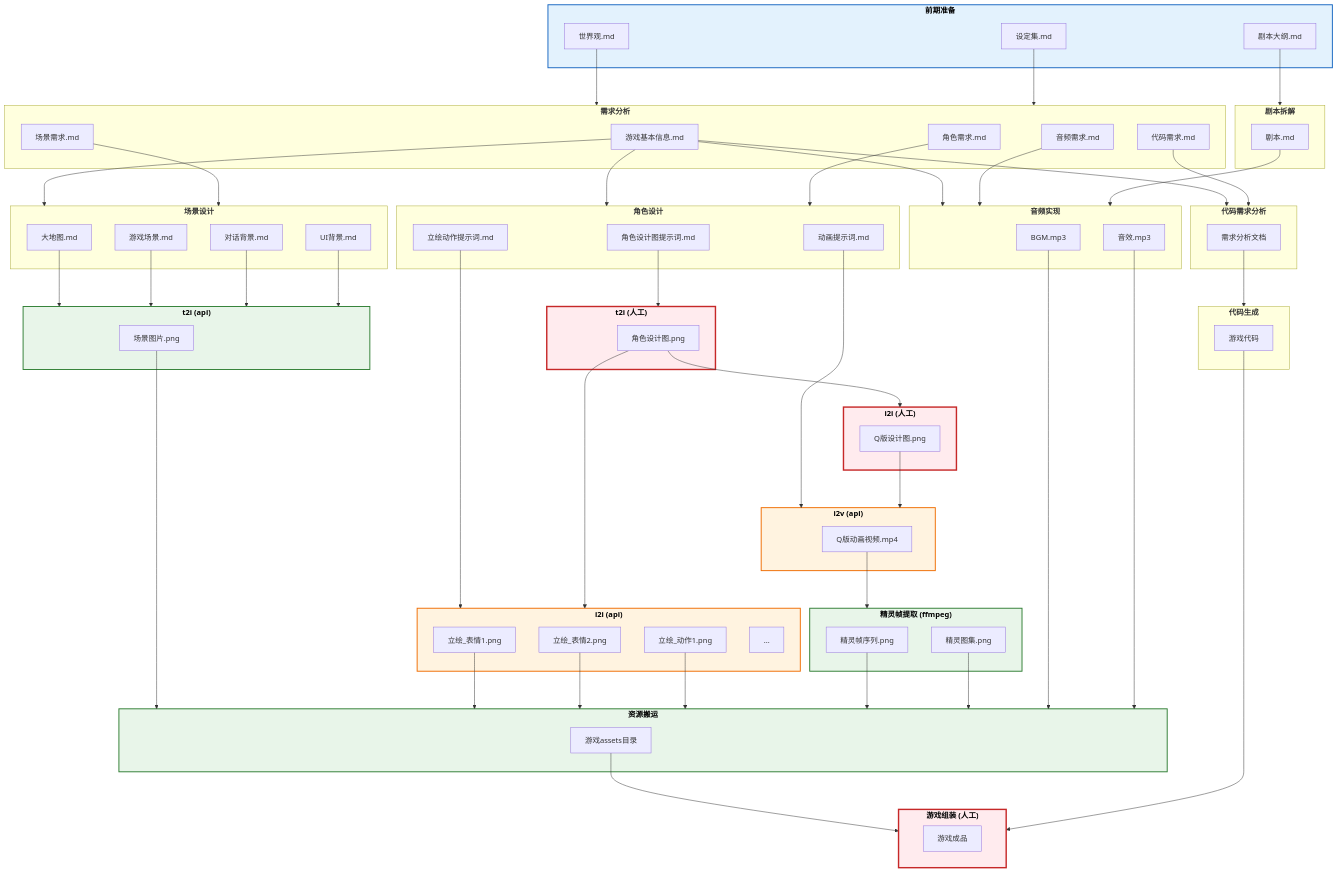
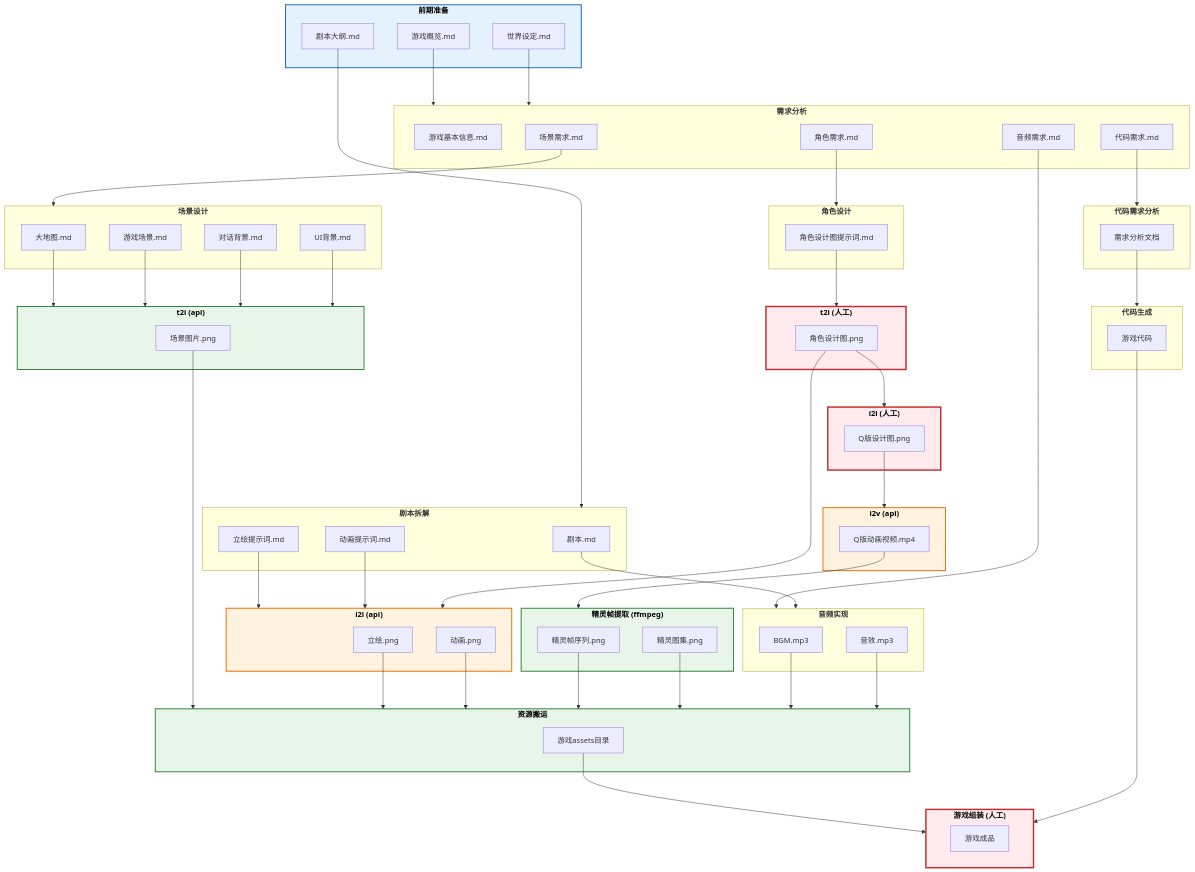
Before and after one commit to CrazyJinn/AllCopper: the diagram in README.md, drawn with Mermaid. The commit also changed other lines of this file, not shown here.

First line of the commit message:
docs: 重构 README，简化流程图和目录结构

```diff
--- a/README.md
+++ b/README.md
@@ -5,8 +5,8 @@
 flowchart TB
     %% ========== 前期准备 ==========
     subgraph S0前期准备["<b>前期准备</b>"]
-        A1[世界观.md]
-        A2[设定集.md]
+        A1[游戏概览.md]
+        A2[世界设定.md]
         A3[剧本大纲.md]
     end
 
@@ -22,13 +22,13 @@
     %% ========== 2. 剧本拆解 ==========
     subgraph S2剧本拆解["<b>剧本拆解</b>"]
         S2O1[剧本.md]
+        S2O2[立绘提示词.md]
+        S2O3[动画提示词.md]
     end
 
     %% ========== 3. 角色设计 ==========
     subgraph S3角色设计["<b>角色设计</b>"]
         S3O1[角色设计图提示词.md]
-        S3O2[立绘动作提示词.md]
-        S3O3[动画提示词.md]
     end
 
     %% ========== 4. 场景设计 ==========
@@ -54,12 +54,10 @@
         S7O1[场景图片.png]
     end
 
-    %% ========== 8. i2i(图片) ==========
+    %% ========== 8. i2i(api) ==========
     subgraph S8i2i图片["<b>i2i (api)</b>"]
-        S8O1[立绘_表情1.png]
-        S8O2[立绘_表情2.png]
-        S8O3[立绘_动作1.png]
-        S8O4[...]
+        S8O1[立绘.png]
+        S8O2[动画.png]
     end
 
     %% ========== 9. i2i(人工) ==========
@@ -103,13 +101,12 @@
     A1 & A2 --> S1需求分析
     A3 --> S2剧本拆解
 
-    S1O1 & S1O2 --> S3角色设计
-    S1O1 & S1O3 --> S4场景设计
-    S1O1 & S1O5 --> S5代码需求分析
+    S1O2 --> S3角色设计
+    S1O3 --> S4场景设计
+    S1O5 --> S5代码需求分析
 
     S3O1 --> S6t2i人工
-    S3O2 --> S8i2i图片
-    S3O3 --> S10i2vapi
+    S2O2 & S2O3 --> S8i2i图片
     S4O1 & S4O2 & S4O3 & S4O4 --> S7t2iapi
 
     S6O1 --> S8i2i图片
@@ -118,11 +115,11 @@
     S9O1 --> S10i2vapi
     S10O1 --> S11精灵帧提取
 
-    S1O1 & S1O4 & S2O1 --> S12音频实现
+    S1O4 & S2O1 --> S12音频实现
 
     S5O1 --> S13代码生成
 
-    S7O1 & S8O1 & S8O2 & S8O3 & S11O1 & S11O2 & S12O1 & S12O2 --> S14资源搬运
+    S7O1 & S8O1 & S8O2 & S11O1 & S11O2 & S12O1 & S12O2 --> S14资源搬运
     S14O1 & S13O1 --> S15游戏组装
 
     %% ========== 样式定义 ==========
```
